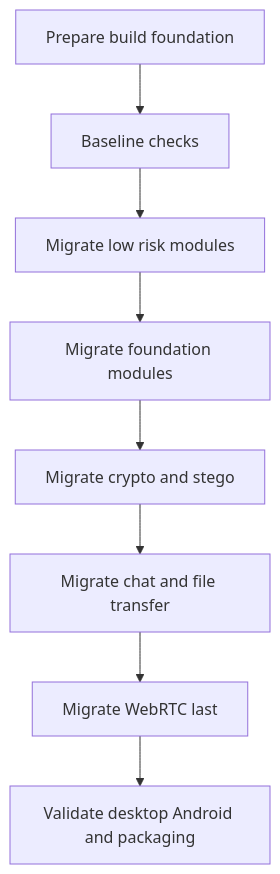
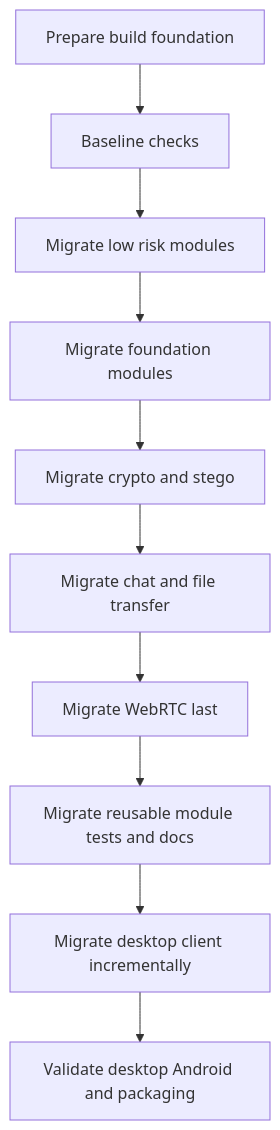
Before and after one commit to Shterneregen/secure-lan-suite: the first of 2 diagrams in docs/kotlin-migration.md, drawn with Mermaid. The commit also changed other lines of this file and 27 other files, not shown here.

````diff
--- a/docs/kotlin-migration.md
+++ b/docs/kotlin-migration.md
@@ -32,10 +32,12 @@
 ```mermaid
 flowchart TD
     A[Prepare build foundation] --> B[Baseline checks]
     B --> C[Migrate low risk modules]
     C --> D[Migrate foundation modules]
     D --> E[Migrate crypto and stego]
     E --> F[Migrate chat and file transfer]
     F --> G[Migrate WebRTC last]
-    G --> H[Validate desktop Android and packaging]
+    G --> H[Migrate reusable module tests and docs]
+    H --> I[Migrate desktop client incrementally]
+    I --> J[Validate desktop Android and packaging]
 ```
````
